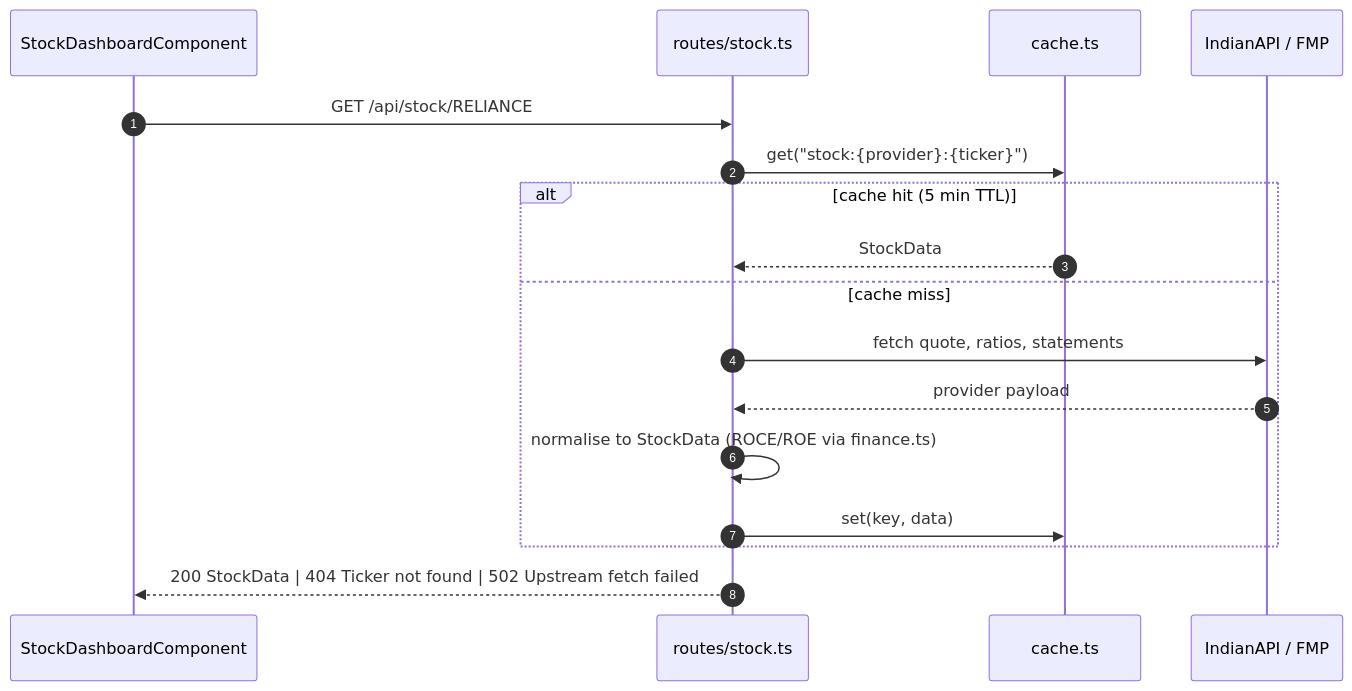
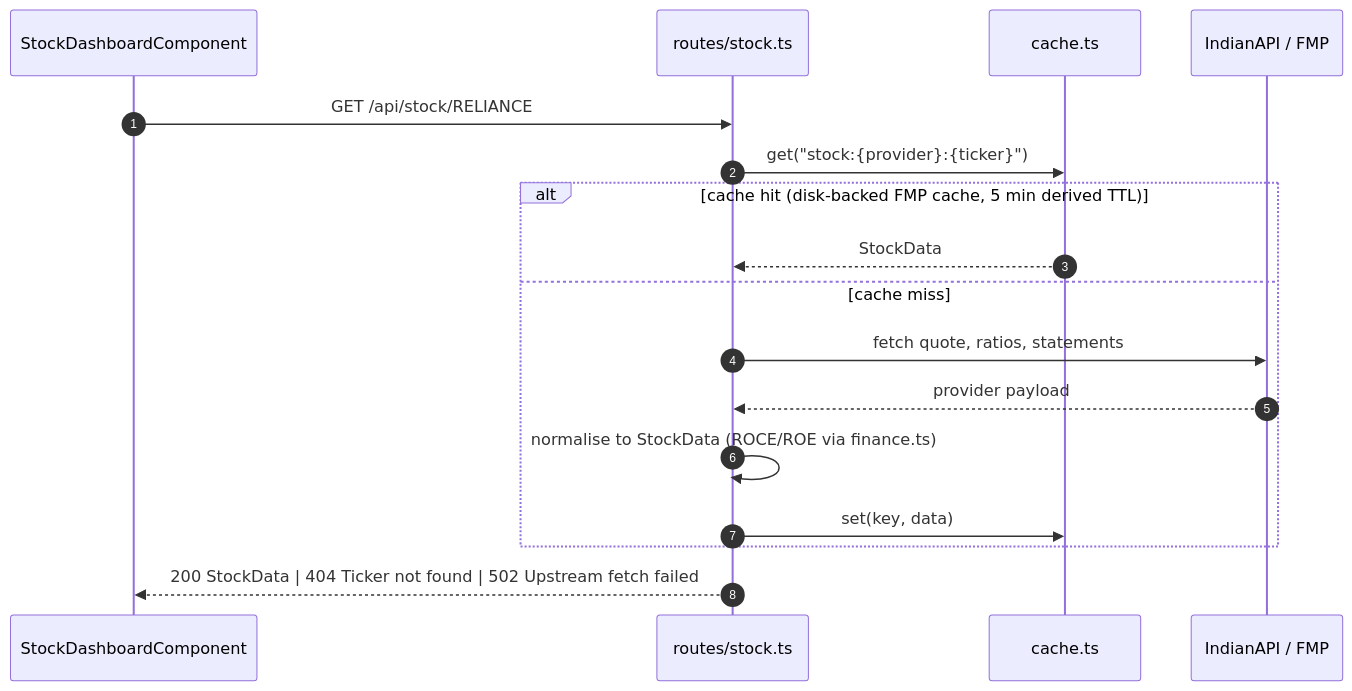
The third of 5 diagrams in docs/architecture.md (vigneshsn/dcf-stock-valuation), drawn with Mermaid before and after one commit. The commit also changed other lines of this file and 10 other files, not shown here.

````diff
--- a/docs/architecture.md
+++ b/docs/architecture.md
@@ -119,20 +119,20 @@
 ```mermaid
 sequenceDiagram
     autonumber
     participant UI as StockDashboardComponent
     participant API as routes/stock.ts
     participant C as cache.ts
     participant P as IndianAPI / FMP
 
     UI->>API: GET /api/stock/RELIANCE
     API->>C: get("stock:{provider}:{ticker}")
-    alt cache hit (5 min TTL)
+    alt cache hit (disk-backed FMP cache, 5 min derived TTL)
         C-->>API: StockData
     else cache miss
         API->>P: fetch quote, ratios, statements
         P-->>API: provider payload
         API->>API: normalise to StockData (ROCE/ROE via finance.ts)
         API->>C: set(key, data)
     end
     API-->>UI: 200 StockData | 404 Ticker not found | 502 Upstream fetch failed
 ```
````
